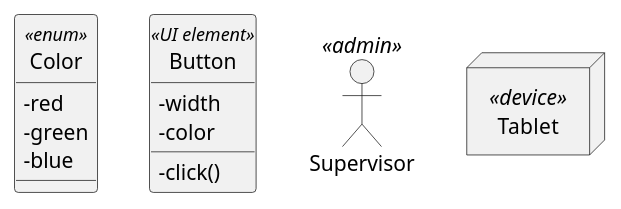
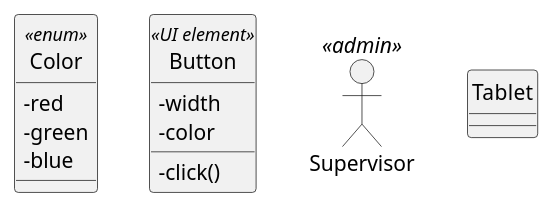
Before and after one commit to gigl-uml/Guide_uml_polymtl: the diagram in plant_uml/stereotypes.plantuml, drawn with PlantUML. The commit also changed 6 other files, not shown here.

```diff
--- a/plant_uml/stereotypes.plantuml
+++ b/plant_uml/stereotypes.plantuml
@@ -1,22 +1,21 @@
 @startuml
 hide circle
 skinparam classAttributeIconSize 0
 skinparam backgroundcolor transparent
 allowmixing
 class Color <<enum>> {
     - red
     - green
     - blue
 }
 class Button <<UI element>> {
     - width
     - color
     - click()
 }
 actor Supervisor <<admin>>
-Node Tablet <<device>>
 
 Color -[hidden]r- Button
 Button -[hidden]r- Supervisor
 Supervisor -[hidden]r- Tablet
 @enduml
```
